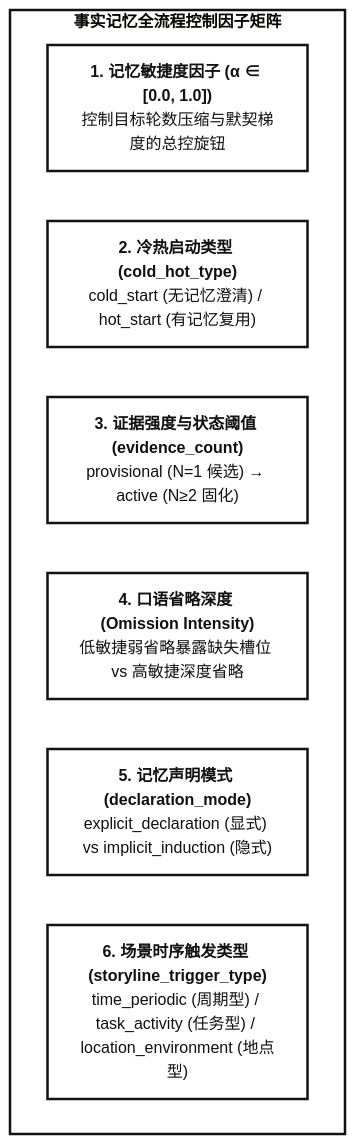
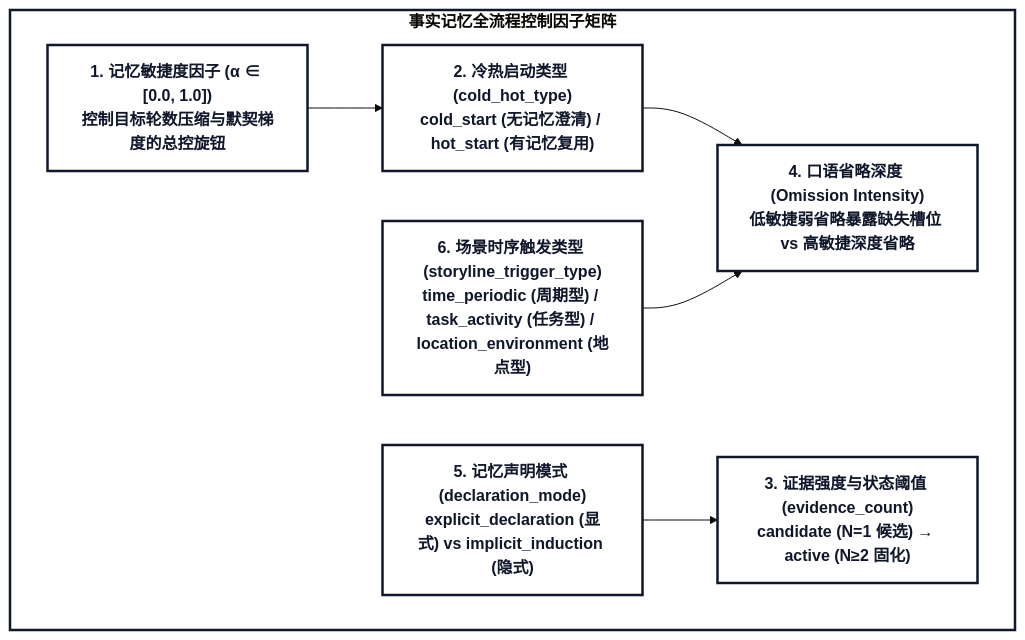
The third of 7 diagrams in docs/specs/cognitive_memory_dev_spec.md (wangbanjin1/cross_data_gen), drawn with Mermaid (base theme) before and after one commit. The commit also changed other lines of this file and 17 other files, not shown here.

Commit message:
docs: reorganize 4-layer doc architecture, convert ASCII to Mermaid, and upgrade HTML visual renderer

````diff
--- a/docs/specs/cognitive_memory_dev_spec.md
+++ b/docs/specs/cognitive_memory_dev_spec.md
@@ -96,15 +99,20 @@
 ```mermaid
 graph TD
-    classDef default fill:#FFFFFF,stroke:#111111,stroke-width:2.5px,color:#111111;
+    classDef default fill:#FFFFFF,stroke:#0F172A,stroke-width:2.5px,color:#0F172A,font-weight:bold;
 
     subgraph ControlFactors ["<b>事实记忆全流程控制因子矩阵</b>"]
-        AF["<b>1. 记忆敏捷度因子 (α ∈ [0.0, 1.0])</b><br/>控制目标轮数压缩与默契梯度的总控旋钮"]
-        CH["<b>2. 冷热启动类型 (cold_hot_type)</b><br/>cold_start (无记忆澄清) / hot_start (有记忆复用)"]
-        EC["<b>3. 证据强度与状态阈值 (evidence_count)</b><br/>provisional (N=1 候选) → active (N≥2 固化)"]
-        OI["<b>4. 口语省略深度 (Omission Intensity)</b><br/>低敏捷弱省略暴露缺失槽位 vs 高敏捷深度省略"]
-        DM["<b>5. 记忆声明模式 (declaration_mode)</b><br/>explicit_declaration (显式) vs implicit_induction (隐式)"]
-        TT["<b>6. 场景时序触发类型 (storyline_trigger_type)</b><br/>time_periodic (周期型) / task_activity (任务型) / location_environment (地点型)"]
+        AF["<b>1. 记忆敏捷度因子 (α ∈ [0.0, 1.0])<br/>控制目标轮数压缩与默契梯度的总控旋钮</b>"]
+        CH["<b>2. 冷热启动类型 (cold_hot_type)<br/>cold_start (无记忆澄清) / hot_start (有记忆复用)</b>"]
+        EC["<b>3. 证据强度与状态阈值 (evidence_count)<br/>candidate (N=1 候选) → active (N≥2 固化)</b>"]
+        OI["<b>4. 口语省略深度 (Omission Intensity)<br/>低敏捷弱省略暴露缺失槽位 vs 高敏捷深度省略</b>"]
+        DM["<b>5. 记忆声明模式 (declaration_mode)<br/>explicit_declaration (显式) vs implicit_induction (隐式)</b>"]
+        TT["<b>6. 场景时序触发类型 (storyline_trigger_type)<br/>time_periodic (周期型) / task_activity (任务型) / location_environment (地点型)</b>"]
     end
 
-    style ControlFactors fill:#FFFFFF,stroke:#111111,stroke-width:2.5px;
+    AF --> CH
+    CH --> OI
+    DM --> EC
+    TT --> OI
+
+    style ControlFactors fill:#FFFFFF,stroke:#0F172A,stroke-width:2.5px;
 ```
````
